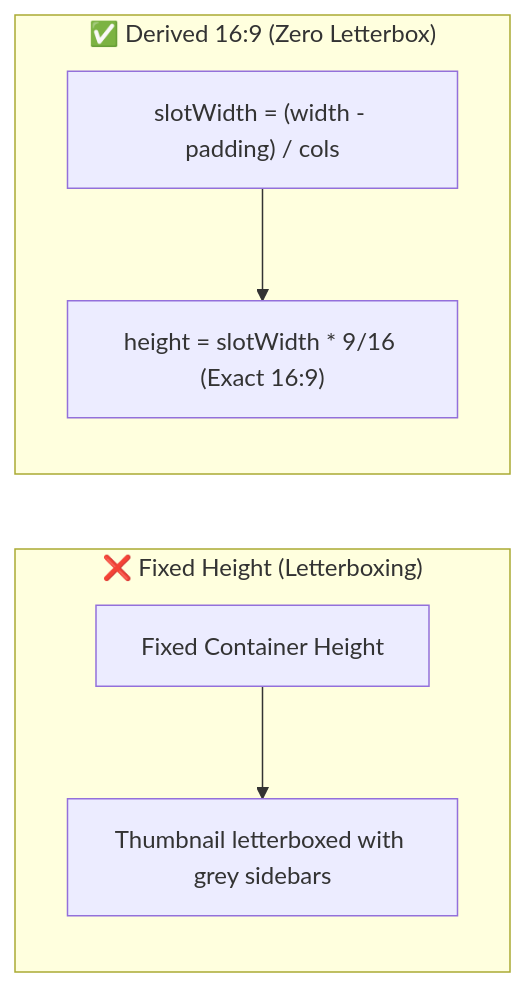
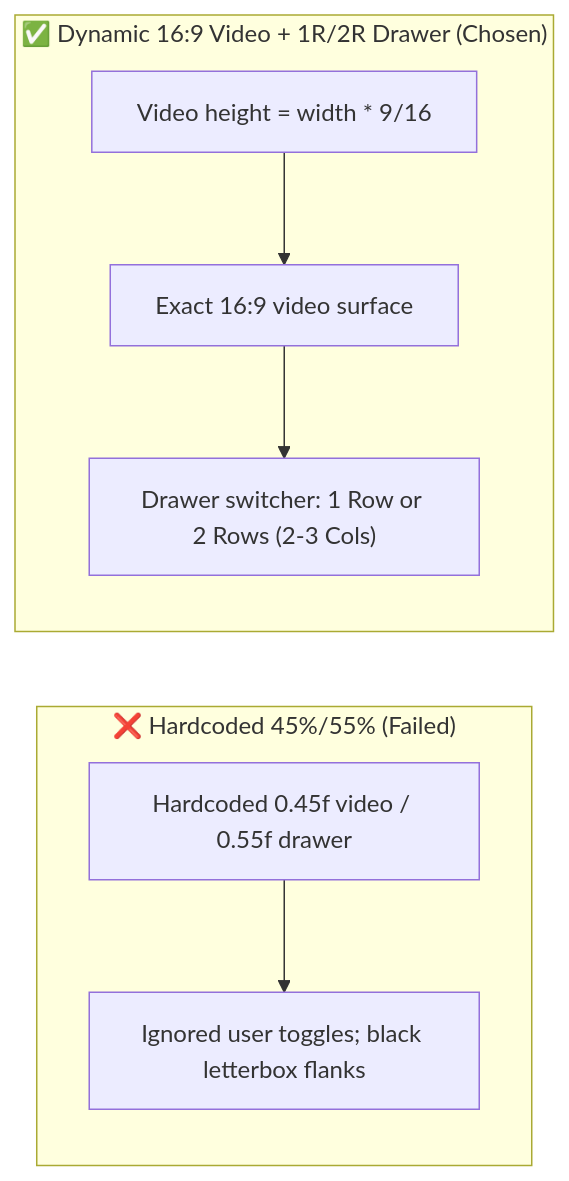
The second of 2 diagrams in docs/DECISIONS_AND_TRAPS.md (Mostakim2005/mpvRx), drawn with Mermaid before and after one commit. The commit also changed other lines of this file and 7 other files, not shown here.

````diff
--- a/docs/DECISIONS_AND_TRAPS.md
+++ b/docs/DECISIONS_AND_TRAPS.md
@@ -40,9 +37,10 @@
 ```mermaid
 flowchart LR
-    subgraph Failed["❌ Fixed Height (Letterboxing)"]
-        F1["Fixed Container Height"] --> F2["Thumbnail letterboxed with grey sidebars"]
+    subgraph Failed["❌ Hardcoded 45%/55% (Failed)"]
+        A1["Hardcoded 0.45f video / 0.55f drawer"] --> A2["Ignored user toggles; black letterbox flanks"]
     end
-    subgraph Active["✅ Derived 16:9 (Zero Letterbox)"]
-        S1["slotWidth = (width - padding) / cols"] --> S2["height = slotWidth * 9/16 (Exact 16:9)"]
+    subgraph Active["✅ Dynamic 16:9 Video + 1R/2R Drawer (Chosen)"]
+        B1["Video height = width * 9/16"] --> B2["Exact 16:9 video surface"]
+        B2 --> B3["Drawer switcher: 1 Row or 2 Rows (2-3 Cols)"]
     end
 ```
````
